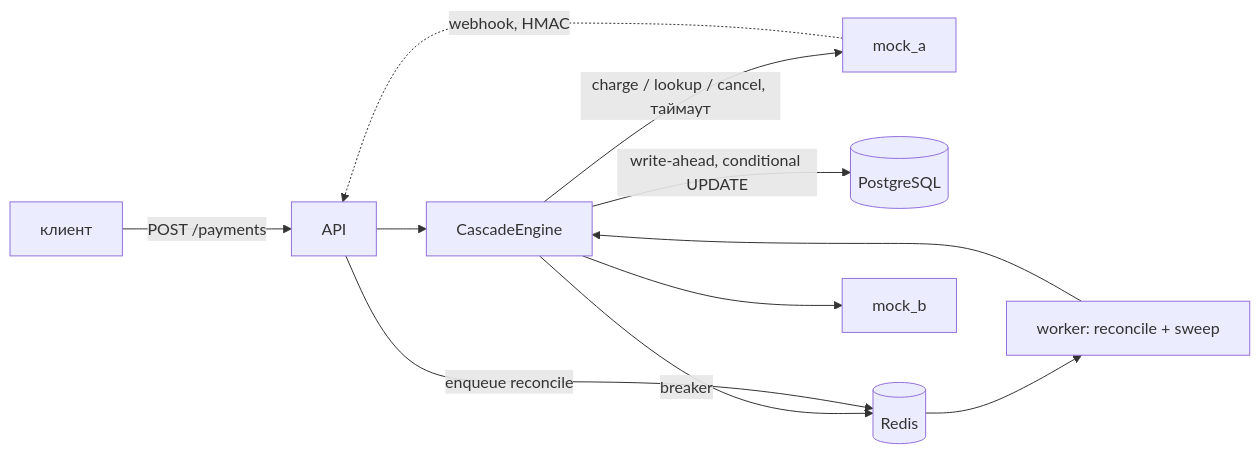
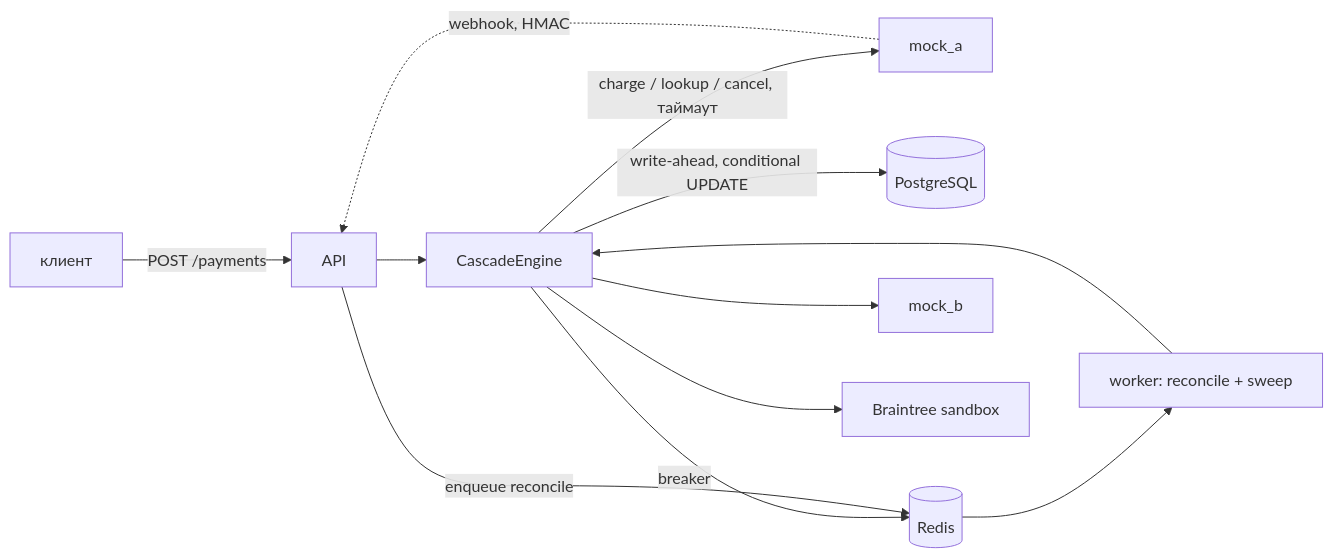
One commit to Bucha11/test-payments-system changed the diagram in README.md. Above: the diagram before and after it, drawn with Mermaid. The commit also changed other lines of this file and 19 other files, not shown here.

````diff
--- a/README.md
+++ b/README.md
@@ -118,13 +154,14 @@
 ```mermaid
 flowchart LR
     C[клиент] -->|POST /payments| API
     API --> ENG[CascadeEngine]
     W[worker: reconcile + sweep] --> ENG
     MA -.->|webhook, HMAC| API
     ENG -->|write-ahead, conditional UPDATE| PG[(PostgreSQL)]
     ENG -->|breaker| RD[(Redis)]
     API -->|enqueue reconcile| RD
     RD --> W
     ENG -->|charge / lookup / cancel, таймаут| MA[mock_a]
     ENG --> MB[mock_b]
+    ENG --> BT[Braintree sandbox]
 ```
````
